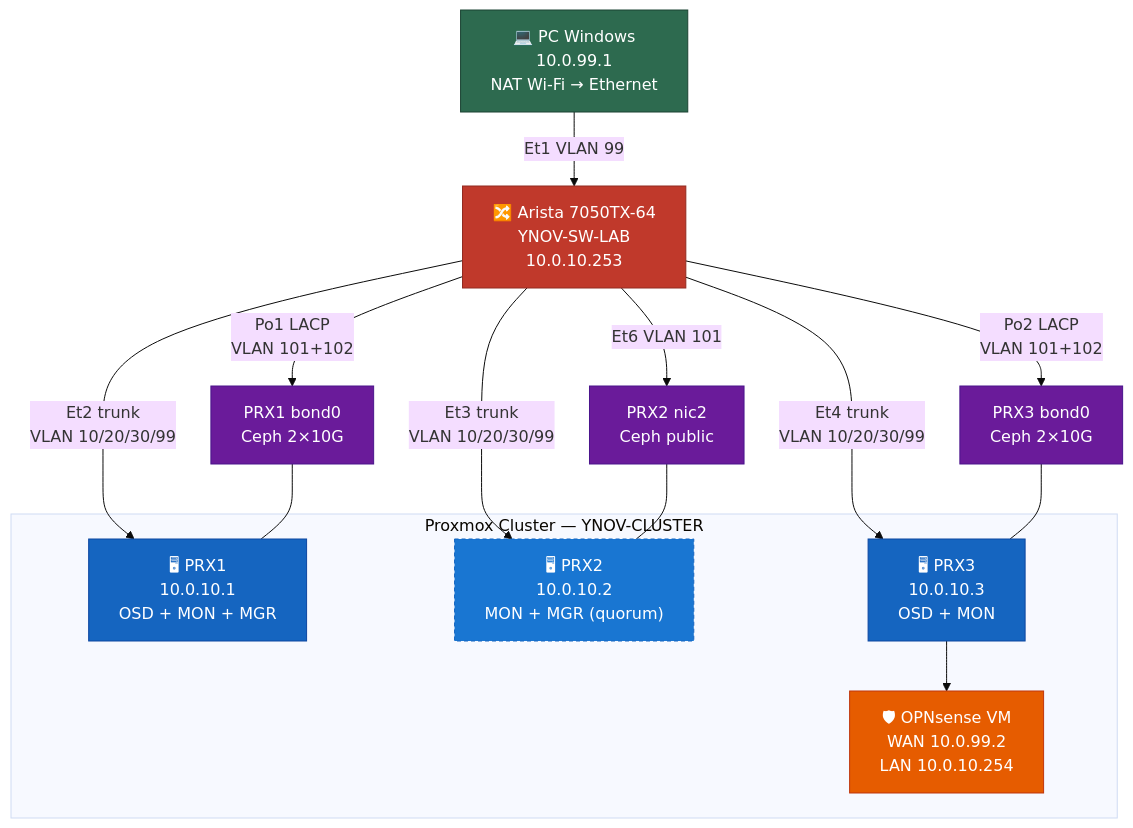
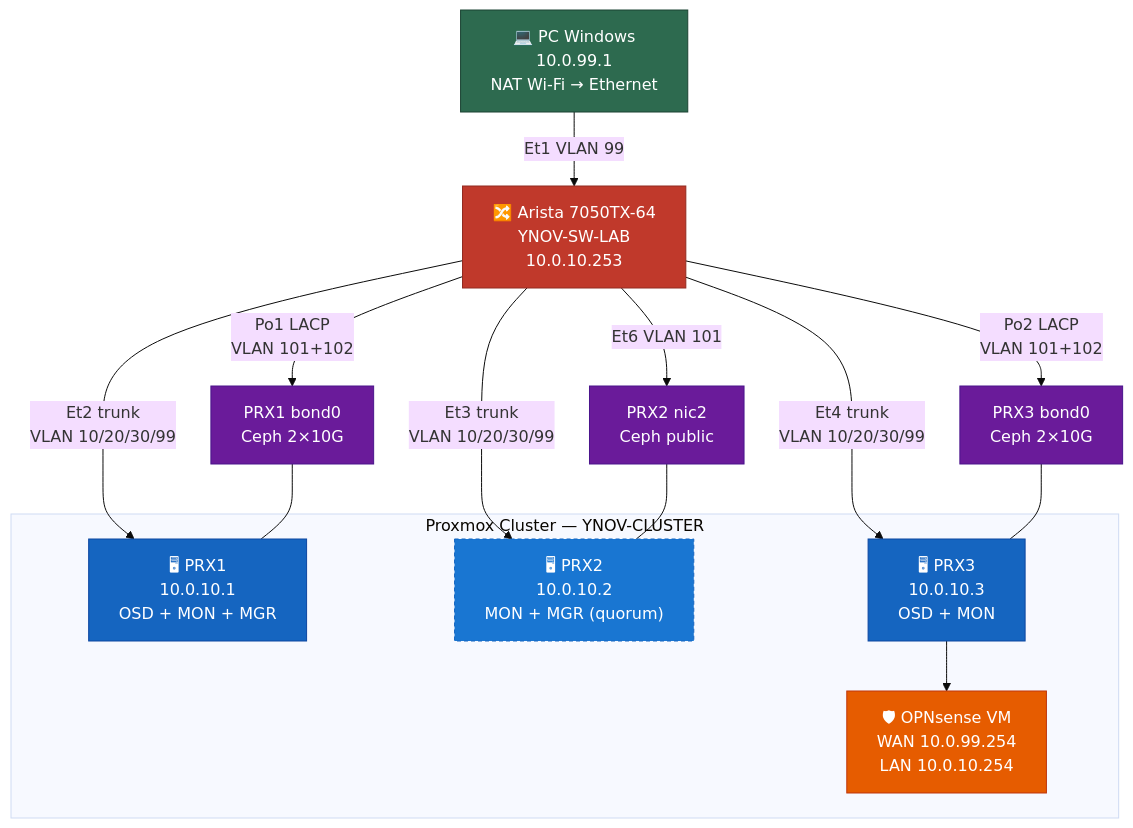
The first of 3 diagrams in README.md (astronas/ynov-virtu), drawn with Mermaid (base theme) before and after one commit. The commit also changed 13 other files, not shown here.

Commit message:
fix: update OPNsense WAN IP from 10.0.99.2 to 10.0.99.254 across all files

````diff
--- a/README.md
+++ b/README.md
@@ -30,34 +30,34 @@
 ```mermaid
 graph TD
     classDef windows  fill:#2d6a4f,stroke:#1b4332,color:#fff
     classDef switch   fill:#c0392b,stroke:#922b21,color:#fff
     classDef proxmox  fill:#1565c0,stroke:#0d47a1,color:#fff
     classDef quorum   fill:#1976d2,stroke:#1565c0,color:#fff,stroke-dasharray:4 3
     classDef opnsense fill:#e65c00,stroke:#bf360c,color:#fff
     classDef ceph     fill:#6a1b9a,stroke:#4a148c,color:#fff
 
     PC["💻 PC Windows\n10.0.99.1\nNAT Wi-Fi → Ethernet"]:::windows
     SW["🔀 Arista 7050TX-64\nYNOV-SW-LAB\n10.0.10.253"]:::switch
 
     PC -- "Et1 VLAN 99" --> SW
 
     SW -- "Et2 trunk\nVLAN 10/20/30/99" --> PRX1
     SW -- "Et3 trunk\nVLAN 10/20/30/99" --> PRX2
     SW -- "Et4 trunk\nVLAN 10/20/30/99" --> PRX3
 
     SW -- "Po1 LACP\nVLAN 101+102" --> PRX1_CEPH["PRX1 bond0\nCeph 2×10G"]:::ceph
     SW -- "Et6 VLAN 101" --> PRX2_CEPH["PRX2 nic2\nCeph public"]:::ceph
     SW -- "Po2 LACP\nVLAN 101+102" --> PRX3_CEPH["PRX3 bond0\nCeph 2×10G"]:::ceph
 
     subgraph CLUSTER["Proxmox Cluster — YNOV-CLUSTER"]
         PRX1["🖥 PRX1\n10.0.10.1\nOSD + MON + MGR"]:::proxmox
         PRX2["🖥 PRX2\n10.0.10.2\nMON + MGR (quorum)"]:::quorum
         PRX3["🖥 PRX3\n10.0.10.3\nOSD + MON"]:::proxmox
-        OPN["🛡 OPNsense VM\nWAN 10.0.99.2\nLAN 10.0.10.254"]:::opnsense
+        OPN["🛡 OPNsense VM\nWAN 10.0.99.254\nLAN 10.0.10.254"]:::opnsense
         PRX3 --> OPN
     end
 
     PRX1_CEPH --- PRX1
     PRX2_CEPH --- PRX2
     PRX3_CEPH --- PRX3
 ```
````
